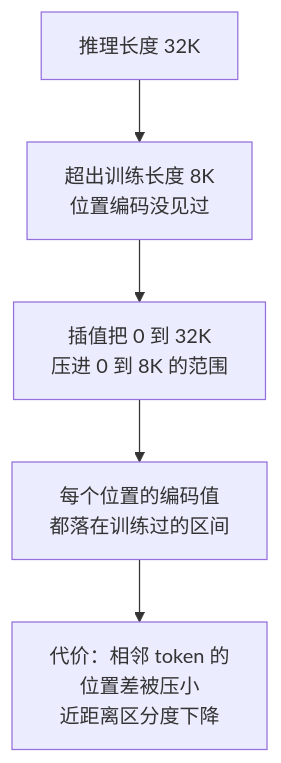
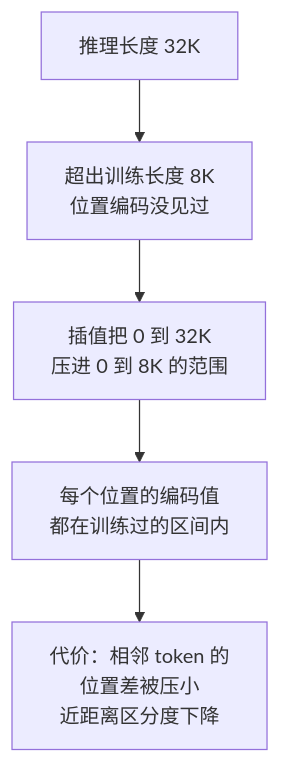
Before and after one commit to hub138/technical-knowledge: the first of 3 diagrams in vault/工程知识/AI 系统工程：从模型能力到生产能力/模型基础与训练/位置编码和长上下文限制有效利用.md, drawn with Mermaid. The commit also changed other lines of this file and 622 other files, not shown here.

````diff
--- a/vault/工程知识/AI 系统工程：从模型能力到生产能力/模型基础与训练/位置编码和长上下文限制有效利用.md
+++ b/vault/工程知识/AI 系统工程：从模型能力到生产能力/模型基础与训练/位置编码和长上下文限制有效利用.md
@@ -124,7 +147,7 @@
 ```mermaid
 graph TD
     A[推理长度 32K] --> B[超出训练长度 8K<br/>位置编码没见过]
     B --> C[插值把 0 到 32K<br/>压进 0 到 8K 的范围]
-    C --> D[每个位置的编码值<br/>都落在训练过的区间]
+    C --> D[每个位置的编码值<br/>都在训练过的区间内]
     D --> E[代价：相邻 token 的<br/>位置差被压小<br/>近距离区分度下降]
 ```
````
